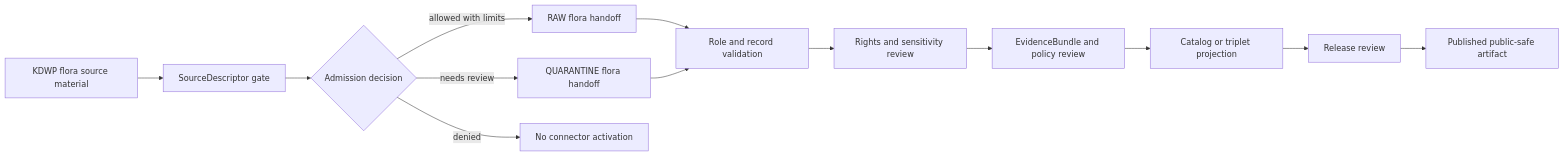
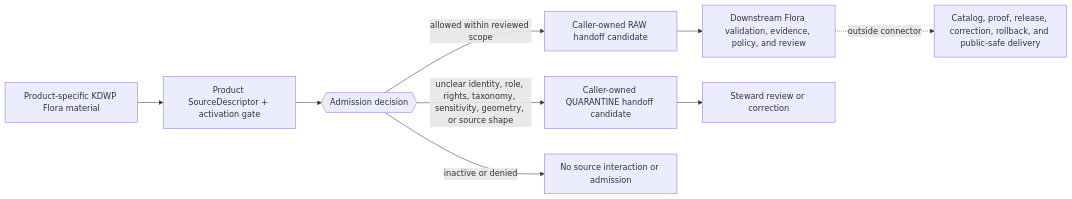
Before and after one commit to bartytime4life/Kansas-Frontier-Matrix: the diagram in connectors/kansas/kdwp_flora/README.md, drawn with Mermaid. The commit also changed other lines of this file, not shown here.

Commit message:
docs(connectors): revise KDWP flora admission README

````diff
--- a/connectors/kansas/kdwp_flora/README.md
+++ b/connectors/kansas/kdwp_flora/README.md
@@ -153,15 +471,11 @@
 ```mermaid
 flowchart LR
-  A[KDWP flora source material] --> B[SourceDescriptor gate]
-  B --> C{Admission decision}
-  C -->|allowed with limits| D[RAW flora handoff]
-  C -->|needs review| Q[QUARANTINE flora handoff]
-  C -->|denied| X[No connector activation]
-  D --> E[Role and record validation]
-  Q --> E
-  E --> F[Rights and sensitivity review]
-  F --> G[EvidenceBundle and policy review]
-  G --> H[Catalog or triplet projection]
-  H --> I[Release review]
-  I --> P[Published public-safe artifact]
+  A["Product-specific KDWP Flora material"] --> B["Product SourceDescriptor + activation gate"]
+  B --> C{{"Admission decision"}}
+  C -->|"allowed within reviewed scope"| D["Caller-owned RAW handoff candidate"]
+  C -->|"unclear identity, role, rights, taxonomy, sensitivity, geometry, or source shape"| Q["Caller-owned QUARANTINE handoff candidate"]
+  C -->|"inactive or denied"| X["No source interaction or admission"]
+  D --> V["Downstream Flora validation, evidence, policy, and review"]
+  Q --> R["Steward review or correction"]
+  V -. "outside connector" .-> P["Catalog, proof, release, correction, rollback, and public-safe delivery"]
 ```
````
